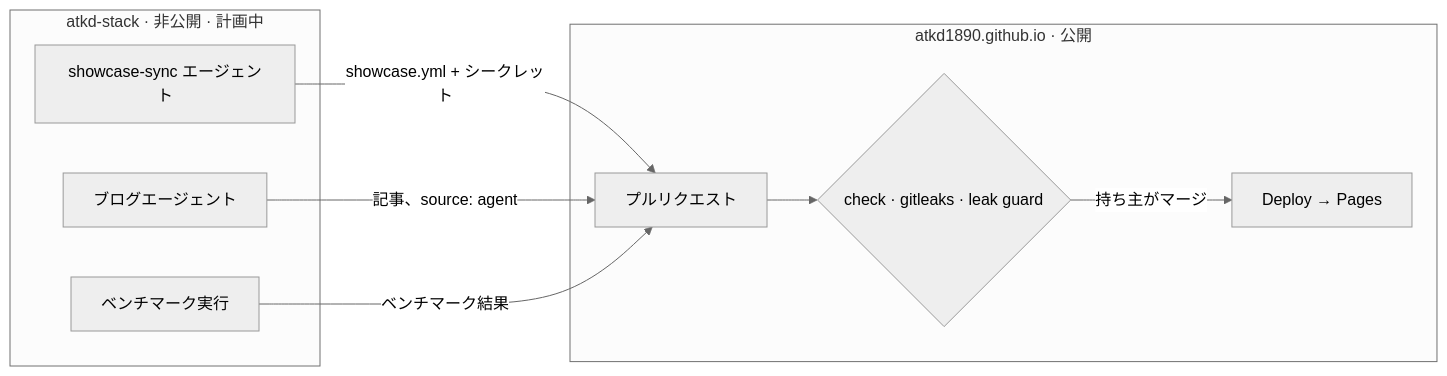
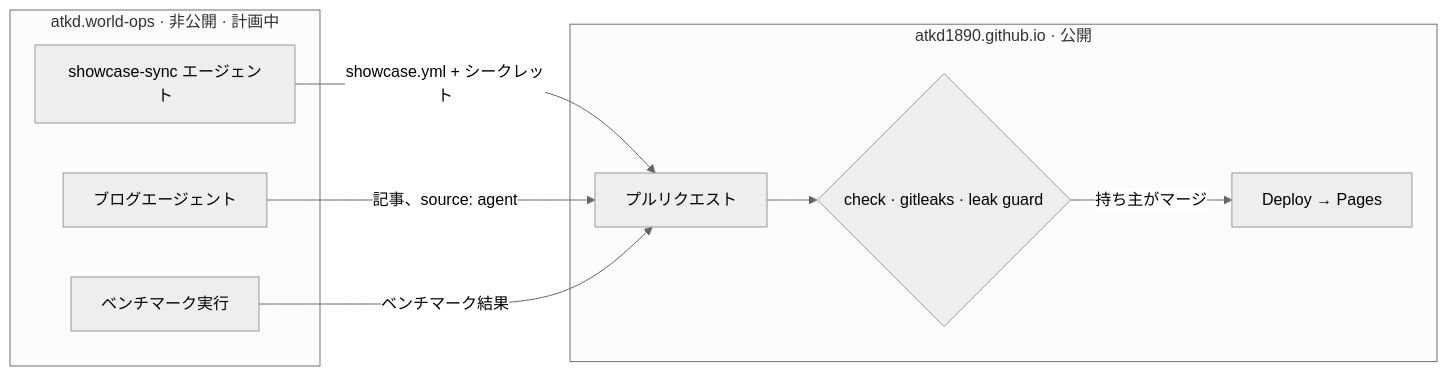
Before and after one commit to atkd1890/atkd1890.github.io: the diagram in src/lab/os.ja.mmd, drawn with Mermaid (neutral theme). The commit also changed 17 other files, not shown here.

```diff
--- a/src/lab/os.ja.mmd
+++ b/src/lab/os.ja.mmd
@@ -1,13 +1,13 @@
 flowchart LR
-  subgraph stack["atkd-stack · 非公開 · 計画中"]
+  subgraph ops["atkd.world-ops · 非公開 · 計画中"]
     A1["showcase-sync エージェント"]
     A2["ブログエージェント"]
     A3["ベンチマーク実行"]
   end
   subgraph site["atkd1890.github.io · 公開"]
     PR["プルリクエスト"] --> CI{"check · gitleaks · leak guard"}
     CI -->|"持ち主がマージ"| D["Deploy → Pages"]
   end
   A1 -->|"showcase.yml + シークレット"| PR
   A2 -->|"記事、source: agent"| PR
   A3 -->|"ベンチマーク結果"| PR
```
